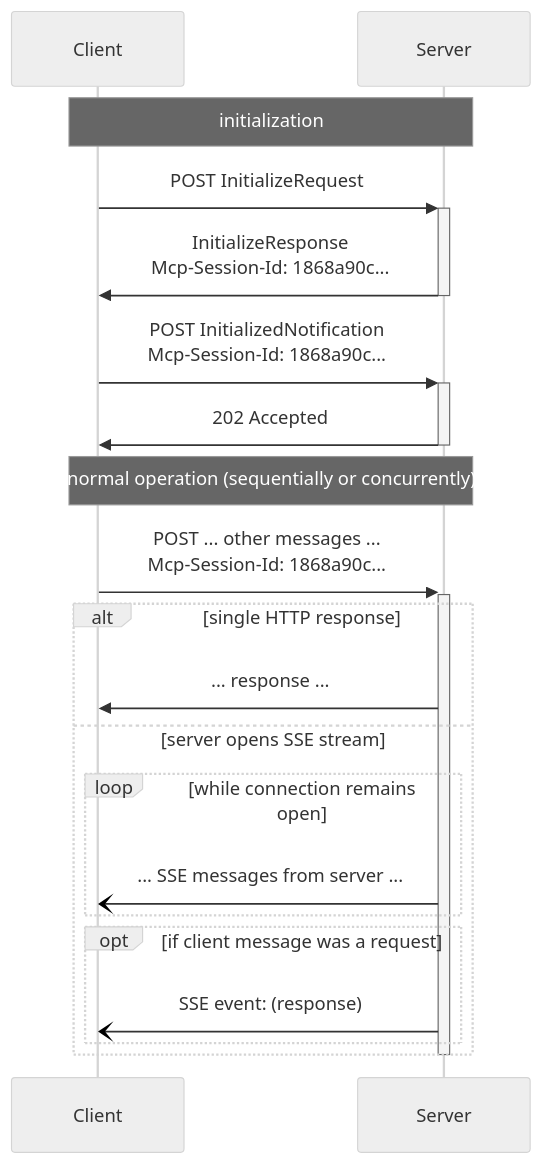
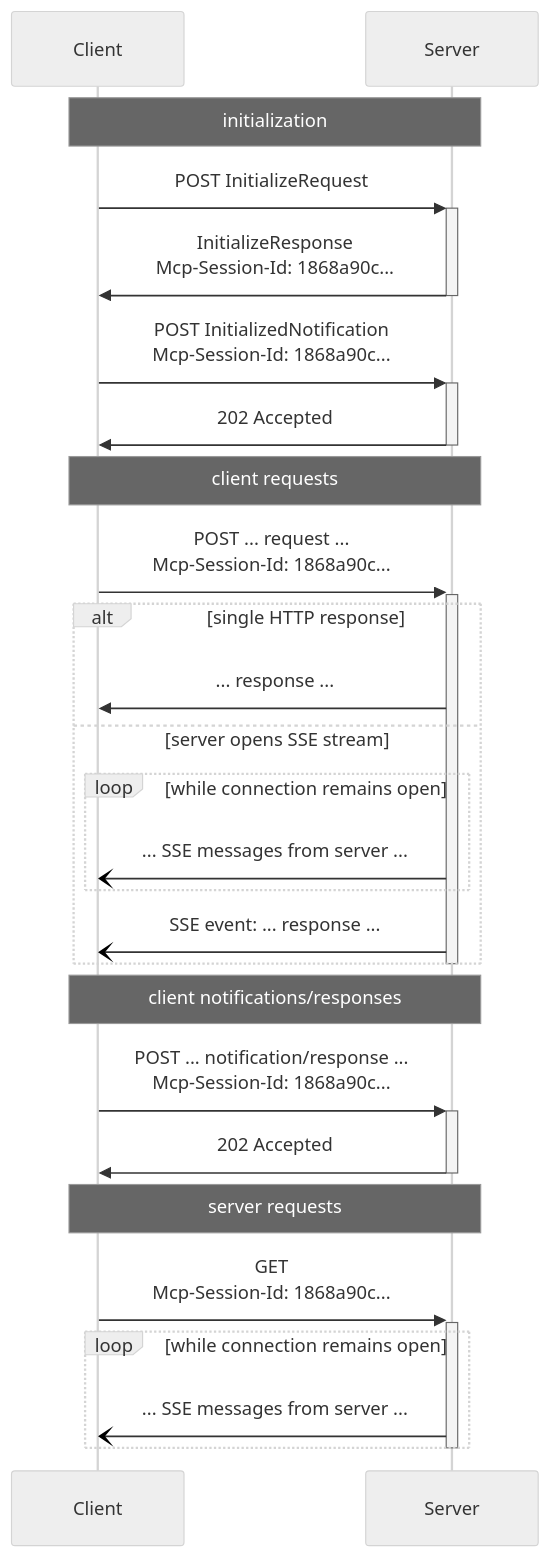
One commit to zcstarr/modelcontextprotocol changed the second of 2 diagrams in docs/specification/draft/basic/transports.md. Above: the diagram before and after it, drawn with Mermaid (neutral theme).

Commit message:
Update sequence diagram

````diff
--- a/docs/specification/draft/basic/transports.md
+++ b/docs/specification/draft/basic/transports.md
@@ -174,30 +174,38 @@
 ```mermaid
 sequenceDiagram
     participant Client
     participant Server
 
     note over Client, Server: initialization
 
     Client->>+Server: POST InitializeRequest
     Server->>-Client: InitializeResponse<br>Mcp-Session-Id: 1868a90c...
 
     Client->>+Server: POST InitializedNotification<br>Mcp-Session-Id: 1868a90c...
     Server->>-Client: 202 Accepted
 
-    note over Client, Server: normal operation (sequentially or concurrently)
-
-    Client->>+Server: POST ... other messages ...<br>Mcp-Session-Id: 1868a90c...
+    note over Client, Server: client requests
+    Client->>+Server: POST ... request ...<br>Mcp-Session-Id: 1868a90c...
 
     alt single HTTP response
       Server->>Client: ... response ...
     else server opens SSE stream
       loop while connection remains open
           Server-)Client: ... SSE messages from server ...
       end
-      opt if client message was a request
-        Server-)Client: SSE event: (response)
-      end
+      Server-)Client: SSE event: ... response ...
     end
+    deactivate Server
 
+    note over Client, Server: client notifications/responses
+    Client->>+Server: POST ... notification/response ...<br>Mcp-Session-Id: 1868a90c...
+    Server->>-Client: 202 Accepted
+
+    note over Client, Server: server requests
+    Client->>+Server: GET<br>Mcp-Session-Id: 1868a90c...
+    loop while connection remains open
+        Server-)Client: ... SSE messages from server ...
+    end
     deactivate Server
+
 ```
````
